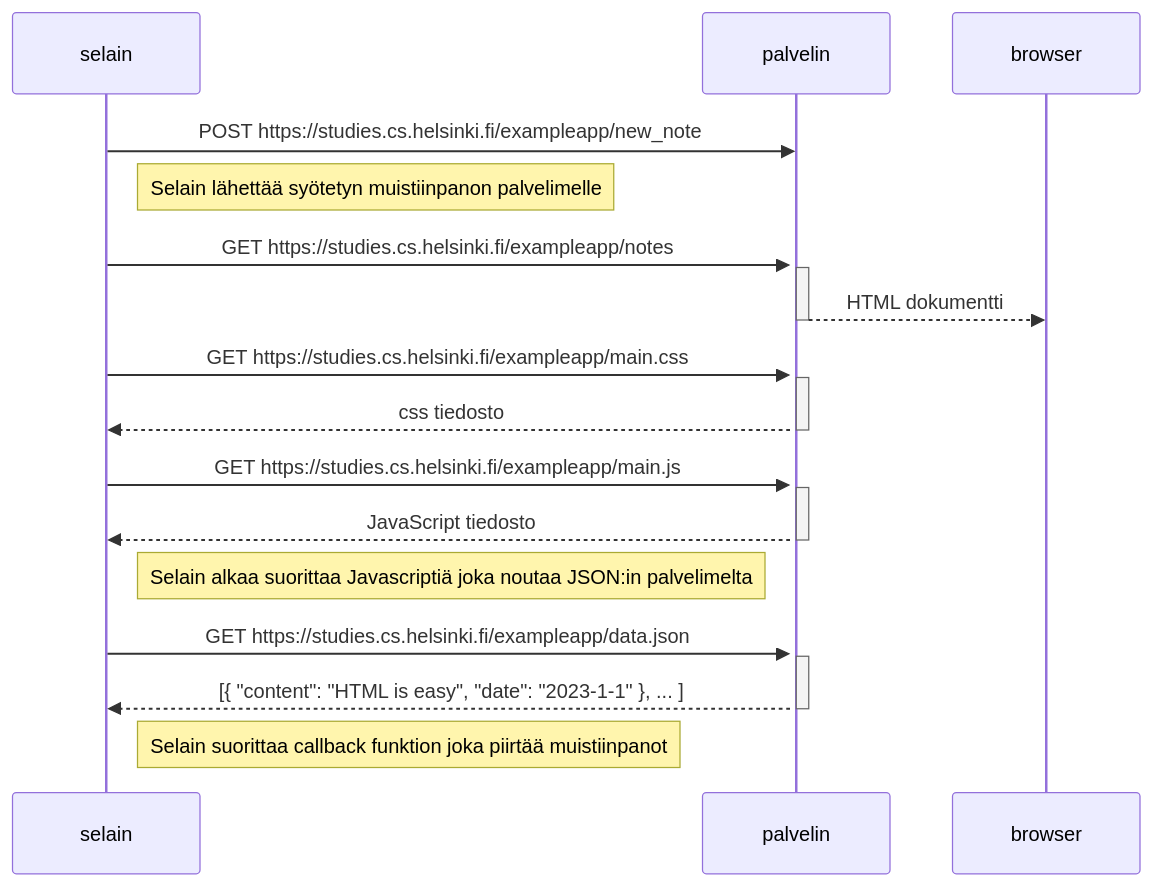
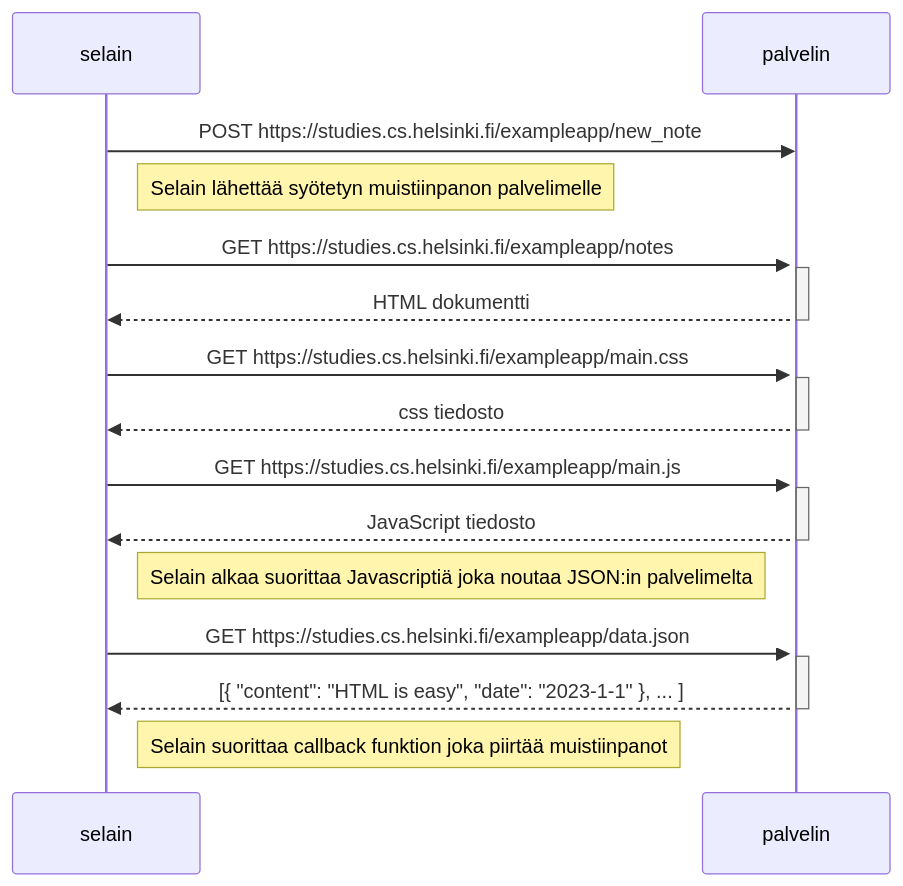
Before and after one commit to tuuhei8/full-stack-open: the diagram in fso0t1.md, drawn with Mermaid.

````diff
--- a/fso0t1.md
+++ b/fso0t1.md
@@ -1,34 +1,34 @@
 ```mermaid
 sequenceDiagram
     participant selain
     participant palvelin
 
     selain->>palvelin: POST https://studies.cs.helsinki.fi/exampleapp/new_note
     activate palvelin
 
     Note right of selain: Selain lähettää syötetyn muistiinpanon palvelimelle
     
     selain->>palvelin: GET https://studies.cs.helsinki.fi/exampleapp/notes
     activate palvelin
-    palvelin-->>browser: HTML dokumentti
+    palvelin-->>selain: HTML dokumentti
     deactivate palvelin
     
     selain->>palvelin: GET https://studies.cs.helsinki.fi/exampleapp/main.css
     activate palvelin
     palvelin-->>selain: css tiedosto
     deactivate palvelin
     
     selain->>palvelin: GET https://studies.cs.helsinki.fi/exampleapp/main.js
     activate palvelin
     palvelin-->>selain: JavaScript tiedosto
     deactivate palvelin
     
     Note right of selain: Selain alkaa suorittaa Javascriptiä joka noutaa JSON:in palvelimelta
     
     selain->>palvelin: GET https://studies.cs.helsinki.fi/exampleapp/data.json
     activate palvelin
     palvelin-->>selain: [{ "content": "HTML is easy", "date": "2023-1-1" }, ... ]
     deactivate palvelin 
 
     Note right of selain: Selain suorittaa callback funktion joka piirtää muistiinpanot 
 ```
````
